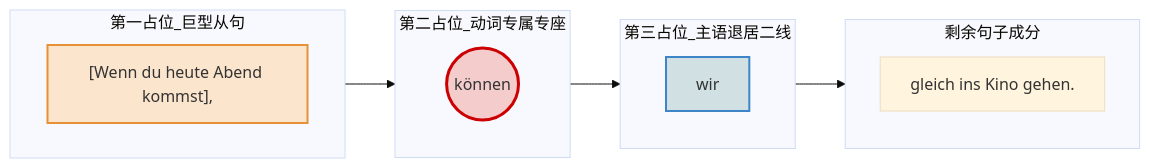
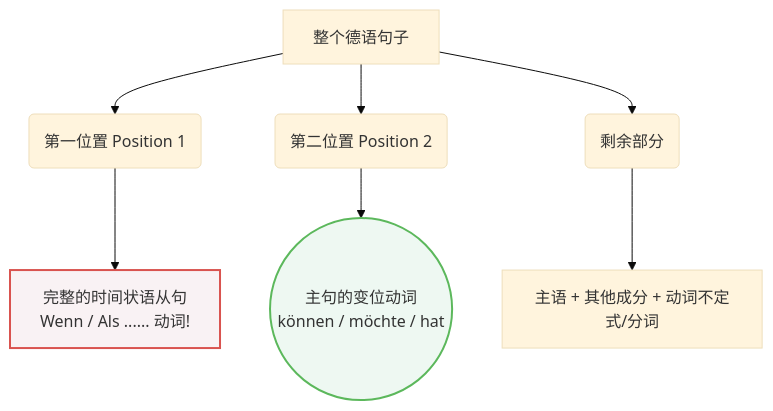
The third of 3 diagrams in 语言学习/德语/公共知识语法/句型/句子/wenn或als引导的时间状语从句.md (tanghaochen/Ideologie_und_Politik_obsidian), drawn with Mermaid (base theme) before and after one commit. The commit also changed other lines of this file and 2 other files, not shown here.

````diff
--- a/语言学习/德语/公共知识语法/句型/句子/wenn或als引导的时间状语从句.md
+++ b/语言学习/德语/公共知识语法/句型/句子/wenn或als引导的时间状语从句.md
@@ -182,22 +222,13 @@
 ```mermaid
-flowchart LR
-    subgraph 第一占位_巨型从句
-        direction LR
-        A["[Wenn du heute Abend kommst],"]
-    end
-    subgraph 第二占位_动词专属专座
-        B(("können"))
-    end
-    subgraph 第三占位_主语退居二线
-        C["wir"]
-    end
-    subgraph 剩余句子成分
-        D["gleich ins Kino gehen."]
-    end
+graph TD
+    A[整个德语句子] --> B(第一位置 Position 1)
+    A --> C(第二位置 Position 2)
+    A --> D(剩余部分)
     
-    第一占位_巨型从句 --> 第二占位_动词专属专座 --> 第三占位_主语退居二线 --> 剩余句子成分
+    B --> E[完整的时间状语从句<br>Wenn / Als ...... 动词!]
+    C --> F((主句的变位动词<br>können / möchte / hat))
+    D --> G[主语 + 其他成分 + 动词不定式/分词]
     
-    style A fill:#fce5cd,stroke:#e69138,stroke-width:2px
-    style B fill:#f4cccc,stroke:#cc0000,stroke-width:3px
-    style C fill:#d0e0e3,stroke:#3d85c6,stroke-width:2px
+    style E fill:#f9f2f4,stroke:#d9534f,stroke-width:2px
+    style F fill:#eef8f2,stroke:#5cb85c,stroke-width:2px
 ```
````
